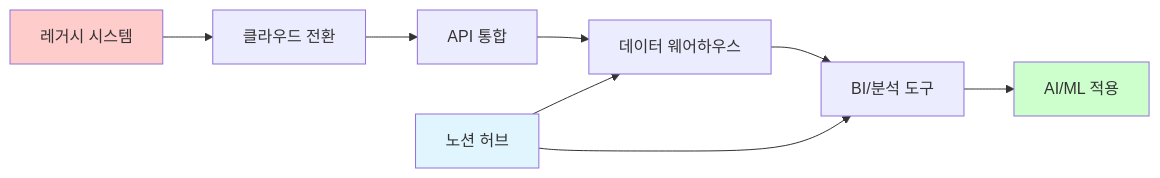
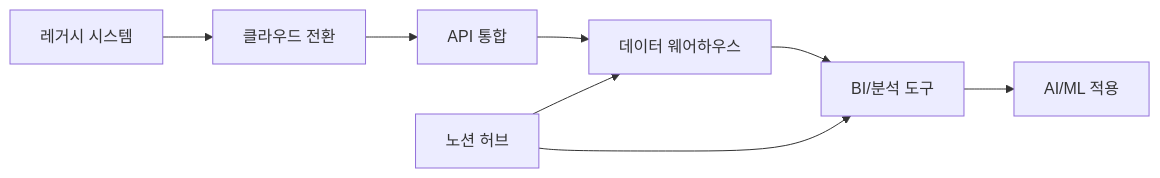
One commit to nugurejeil/weniVooks changed the fourth of 5 diagrams in _md/genai-notion/chapter08/08-1.md. Above: the diagram before and after it, drawn with Mermaid. The commit also changed other lines of this file and 187 other files, not shown here.

````diff
--- a/_md/genai-notion/chapter08/08-1.md
+++ b/_md/genai-notion/chapter08/08-1.md
@@ -207,15 +204,11 @@
 ```mermaid
 graph LR
     A[레거시 시스템] --> B[클라우드 전환]
     B --> C[API 통합]
     C --> D[데이터 웨어하우스]
     D --> E[BI/분석 도구]
     E --> F[AI/ML 적용]
 
     G[노션 허브] --> D
     G --> E
-
-    style A fill:#ffcccc
-    style F fill:#ccffcc
-    style G fill:#e1f5ff
 ```
````
